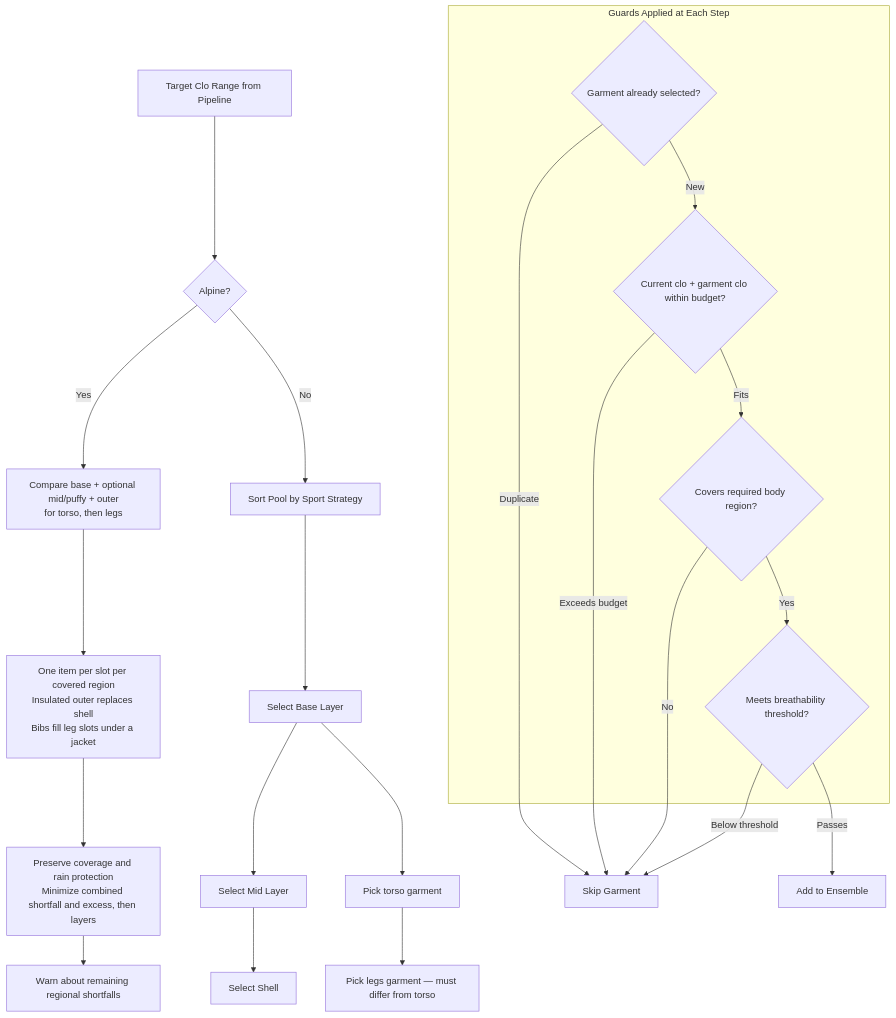
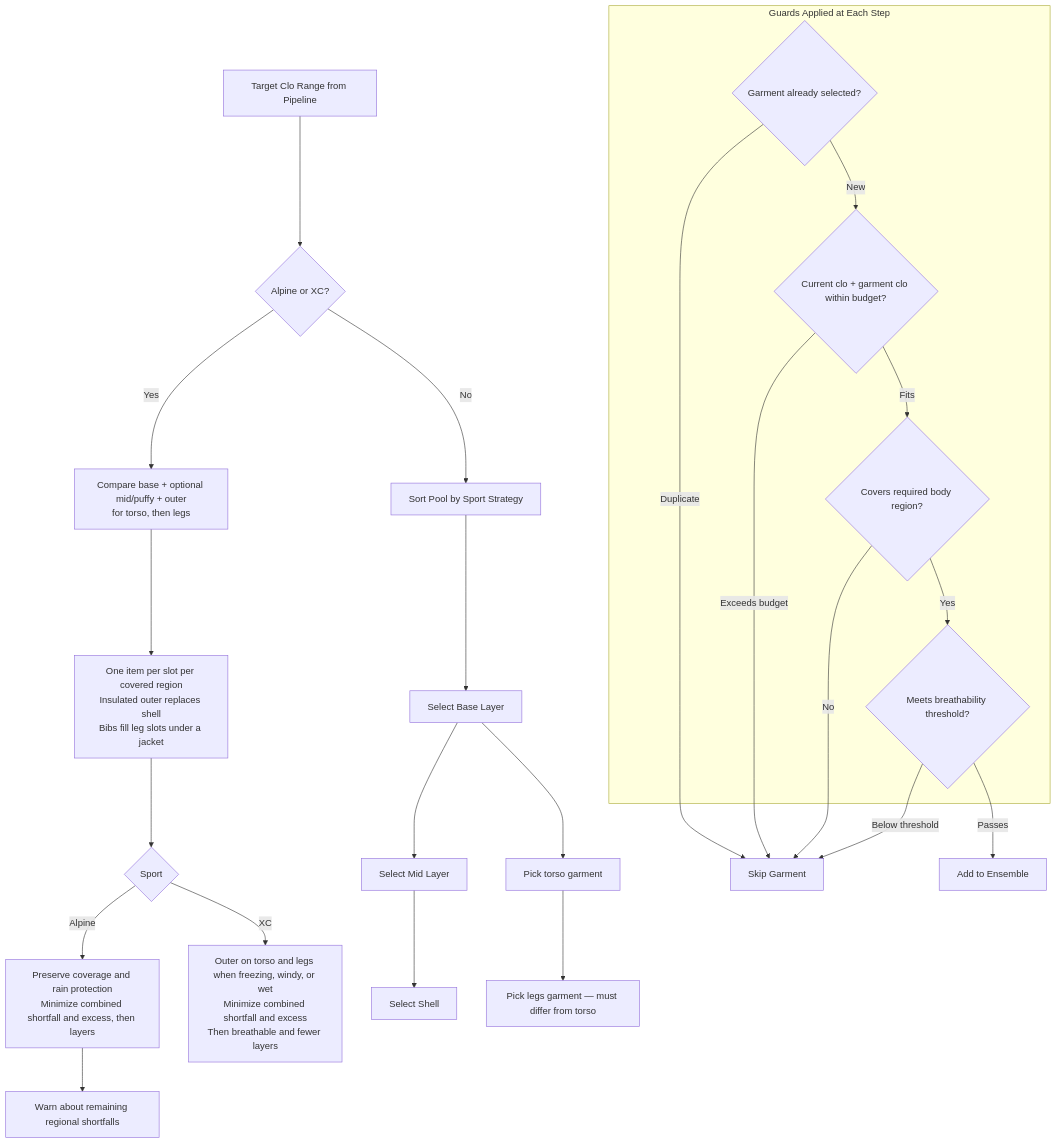
Before and after one commit to derobertsw/swttr: the third of 6 diagrams in README.md, drawn with Mermaid. The commit also changed other lines of this file and 7 other files, not shown here.

First line of the commit message:
Give XC outfits a wind layer on the legs and torso in cold, wind, or wet

````diff
--- a/README.md
+++ b/README.md
@@ -128,31 +128,33 @@
 ```mermaid
 graph TD
-    START[Target Clo Range from Pipeline] --> SPORT{Alpine?}
+    START[Target Clo Range from Pipeline] --> SPORT{Alpine or XC?}
     SPORT -->|Yes| COMB[Compare base + optional mid/puffy + outer<br/>for torso, then legs]
     COMB --> CAP[One item per slot per covered region<br/>Insulated outer replaces shell<br/>Bibs fill leg slots under a jacket]
-    CAP --> REG[Preserve coverage and rain protection<br/>Minimize combined shortfall and excess, then layers]
+    CAP --> RANK{Sport}
+    RANK -->|Alpine| REG[Preserve coverage and rain protection<br/>Minimize combined shortfall and excess, then layers]
     REG --> WARN[Warn about remaining regional shortfalls]
+    RANK -->|XC| XREG[Outer on torso and legs when freezing, windy, or wet<br/>Minimize combined shortfall and excess<br/>Then breathable and fewer layers]
     SPORT -->|No| SORT[Sort Pool by Sport Strategy]
     SORT --> BASE[Select Base Layer]
     BASE --> MID[Select Mid Layer]
     MID --> SHELL[Select Shell]
 
     BASE --> T1[Pick torso garment]
     T1 --> L1[Pick legs garment — must differ from torso]
 
     subgraph "Guards Applied at Each Step"
         G1{Garment already selected?}
         G2{Current clo + garment clo within budget?}
         G3{Covers required body region?}
         G4{Meets breathability threshold?}
     end
 
     G1 -->|Duplicate| SKIP[Skip Garment]
     G1 -->|New| G2
     G2 -->|Exceeds budget| SKIP
     G2 -->|Fits| G3
     G3 -->|No| SKIP
     G3 -->|Yes| G4
     G4 -->|Below threshold| SKIP
     G4 -->|Passes| ADD[Add to Ensemble]
 ```
````
